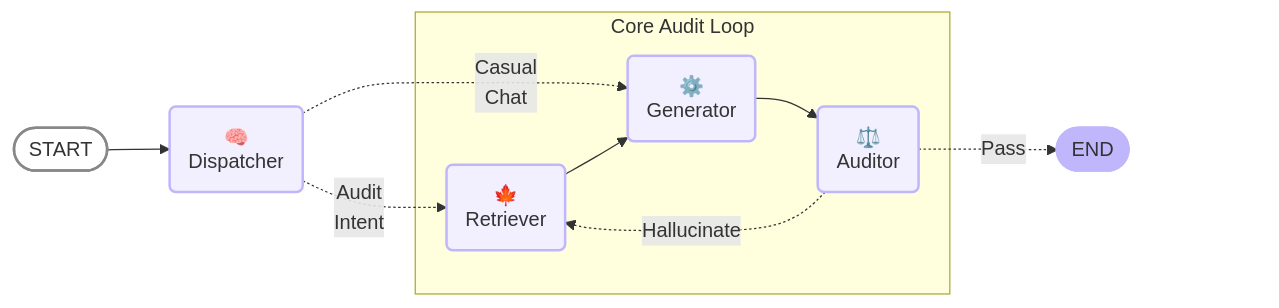
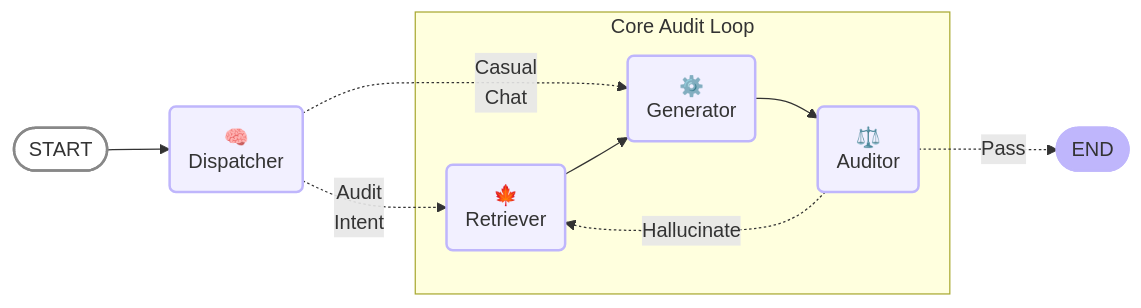
Before and after one commit to emmacyu/risk-auditor-agent: the diagram in README.md, drawn with Mermaid.

Commit message:
update readme workflow graph

````diff
--- a/README.md
+++ b/README.md
@@ -56,35 +56,33 @@
 ```mermaid
 ---
 config:
   flowchart:
     curve: basis
 ---
 graph LR;
     subgraph Core Audit Loop
         retrieve_node(🍁<br>Retriever)
         generate_node(⚙️<br>Generator)
         auditor_node(⚖️<br>Auditor)
     end
     
     __start__([START]):::first
     dispatcher(🧠<br>Dispatcher)
     __end__([END]):::last
 
     __start__ --> dispatcher;
     dispatcher -.Casual<br>Chat.-> generate_node;
     dispatcher -.Audit<br>Intent.-> retrieve_node;
     
     retrieve_node --> generate_node;
     generate_node --> auditor_node;
     
     auditor_node -.Hallucinate.-> retrieve_node;
     auditor_node -.Pass.-> __end__;
 
-    %% 这是一个透明的占位符节点，专门用来把 GitHub 的放大缩小控件往右边顶开，防止遮挡 END 节点
-    __end__ ~~~ padding_node[" "]
-    style padding_node fill:none,stroke:none
+
 
     classDef default fill:#f2f0ff,line-height:1.2,stroke:#bfb6fc,stroke-width:2px
     classDef first fill-opacity:0,stroke:#888
     classDef last fill:#bfb6fc
 ```
````
